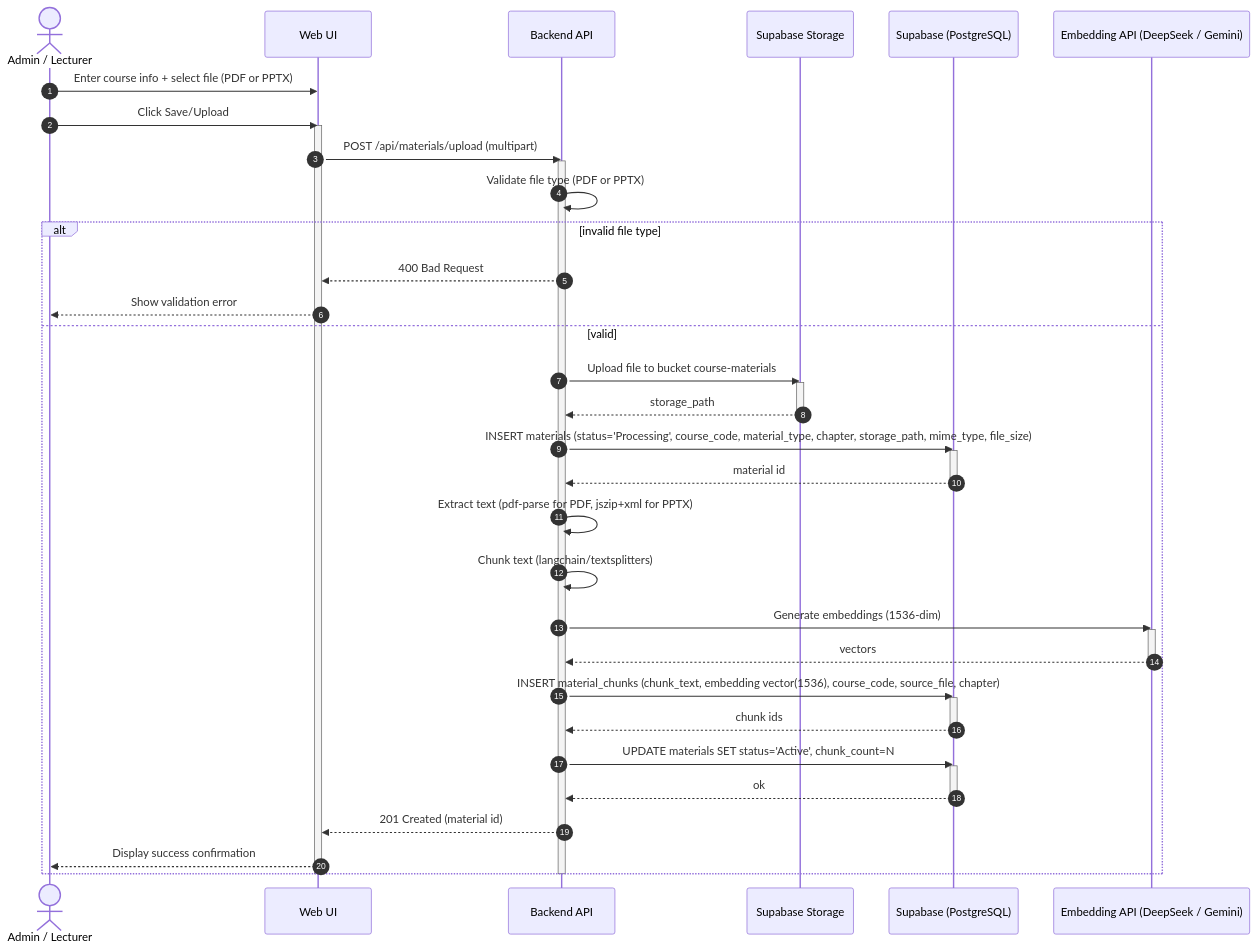
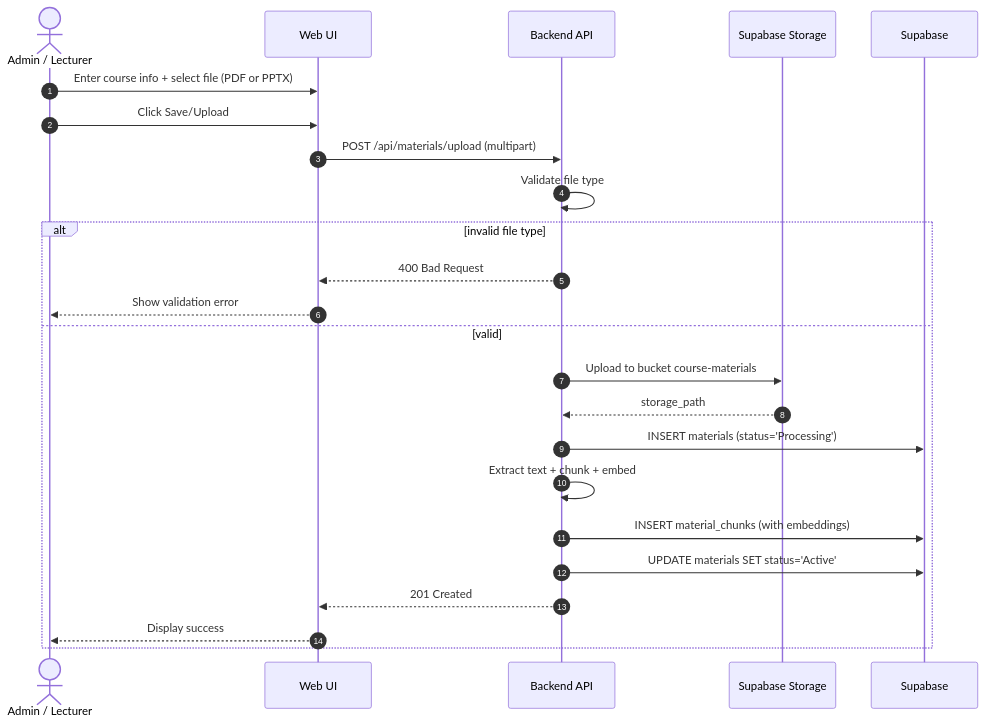
Before and after one commit to aree6/Quizify: the diagram in documents_psm2/diagrams_source/SRS/mermaid/uc007_update_course_info_slides_uml.mmd, drawn with Mermaid. The commit also changed 11 other files, not shown here.

```diff
--- a/documents_psm2/diagrams_source/SRS/mermaid/uc007_update_course_info_slides_uml.mmd
+++ b/documents_psm2/diagrams_source/SRS/mermaid/uc007_update_course_info_slides_uml.mmd
@@ -1,51 +1,25 @@
 sequenceDiagram
   autonumber
   actor A as Admin / Lecturer
   participant UI as Web UI
   participant API as Backend API
   participant Store as Supabase Storage
-  participant DB as Supabase (PostgreSQL)
-  participant LLM as Embedding API (DeepSeek / Gemini)
+  participant DB as Supabase
 
   A->>UI: Enter course info + select file (PDF or PPTX)
   A->>UI: Click Save/Upload
-  activate UI
   UI->>API: POST /api/materials/upload (multipart)
-  activate API
-  API->>API: Validate file type (PDF or PPTX)
-
+  API->>API: Validate file type
   alt invalid file type
     API-->>UI: 400 Bad Request
     UI-->>A: Show validation error
   else valid
-    API->>Store: Upload file to bucket course-materials
-    activate Store
+    API->>Store: Upload to bucket course-materials
     Store-->>API: storage_path
-    deactivate Store
-
-    API->>DB: INSERT materials (status='Processing', course_code, material_type, chapter, storage_path, mime_type, file_size)
-    activate DB
-    DB-->>API: material id
-    deactivate DB
-
-    API->>API: Extract text (pdf-parse for PDF, jszip+xml for PPTX)
-    API->>API: Chunk text (langchain/textsplitters)
-    API->>LLM: Generate embeddings (1536-dim)
-    activate LLM
-    LLM-->>API: vectors
-    deactivate LLM
-    API->>DB: INSERT material_chunks (chunk_text, embedding vector(1536), course_code, source_file, chapter)
-    activate DB
-    DB-->>API: chunk ids
-    deactivate DB
-    API->>DB: UPDATE materials SET status='Active', chunk_count=N
-    activate DB
-    DB-->>API: ok
-    deactivate DB
-
-    API-->>UI: 201 Created (material id)
-    UI-->>A: Display success confirmation
+    API->>DB: INSERT materials (status='Processing')
+    API->>API: Extract text + chunk + embed
+    API->>DB: INSERT material_chunks (with embeddings)
+    API->>DB: UPDATE materials SET status='Active'
+    API-->>UI: 201 Created
+    UI-->>A: Display success
   end
-
-  deactivate API
-  deactivate UI
```
